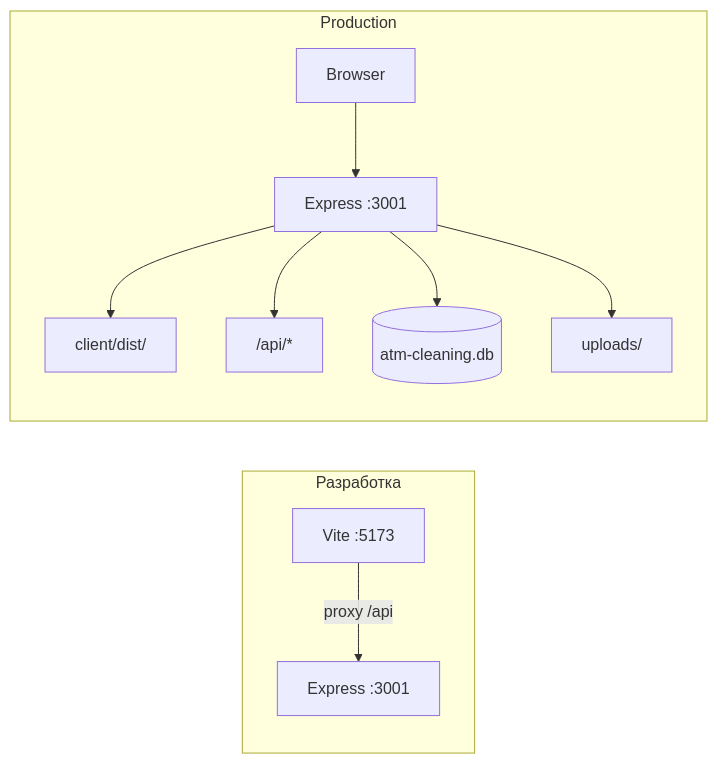
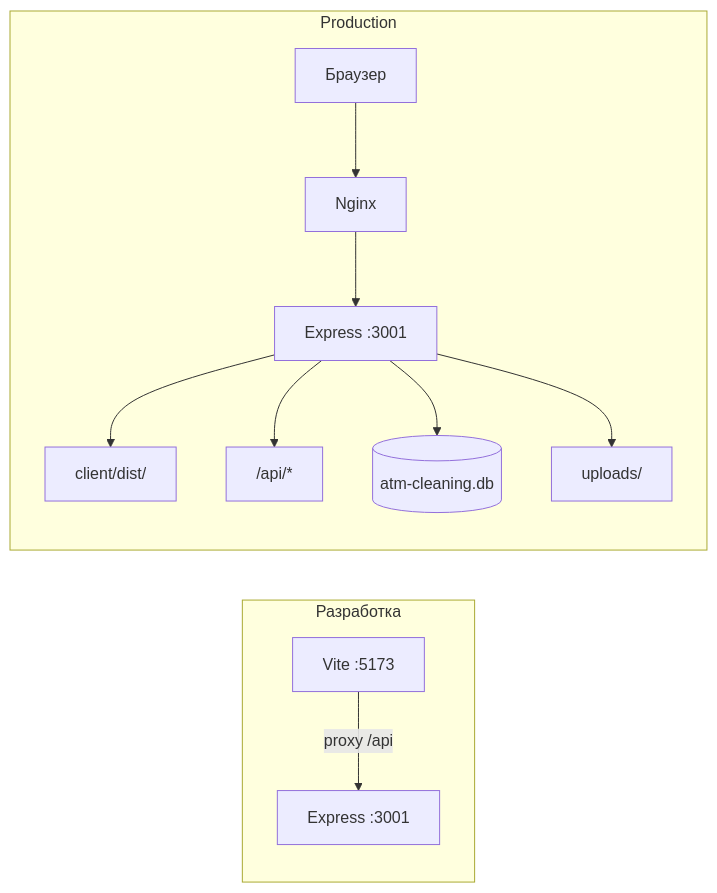
One commit to DjSurfTSI/control-app changed the tenth of 11 diagrams in ARCHITECTURE.md. Above: the diagram before and after it, drawn with Mermaid. The commit also changed other lines of this file and 2 other files, not shown here.

````diff
--- a/ARCHITECTURE.md
+++ b/ARCHITECTURE.md
@@ -473,14 +511,15 @@
 ```mermaid
 flowchart LR
     subgraph Dev["Разработка"]
         Vite["Vite :5173"] -->|proxy /api| Express1["Express :3001"]
     end
 
     subgraph Prod["Production"]
-        Browser --> Express2["Express :3001"]
-        Express2 --> Static["client/dist/"]
-        Express2 --> API["/api/*"]
-        Express2 --> DB[(atm-cleaning.db)]
-        Express2 --> Uploads[uploads/]
+        Browser2["Браузер"] --> Nginx2["Nginx"]
+        Nginx2 --> Express2["Express :3001"]
+        Express2 --> Static2["client/dist/"]
+        Express2 --> API2["/api/*"]
+        Express2 --> DB2[(atm-cleaning.db)]
+        Express2 --> Uploads2[uploads/]
     end
 ```
````
